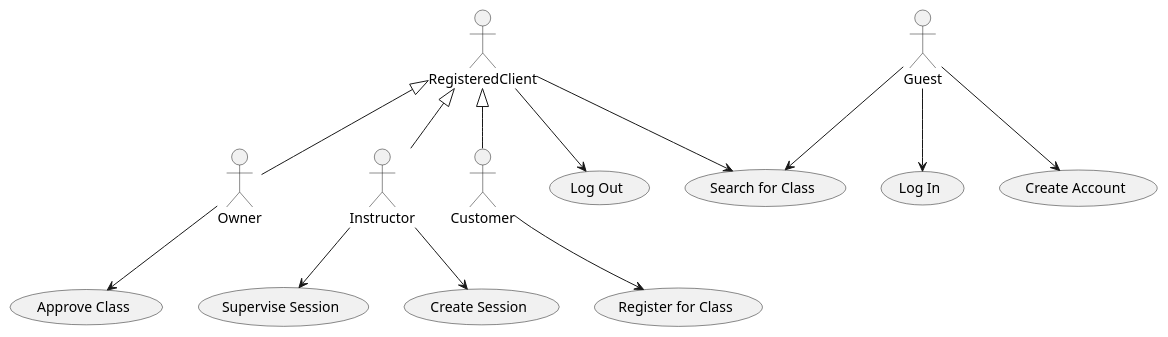
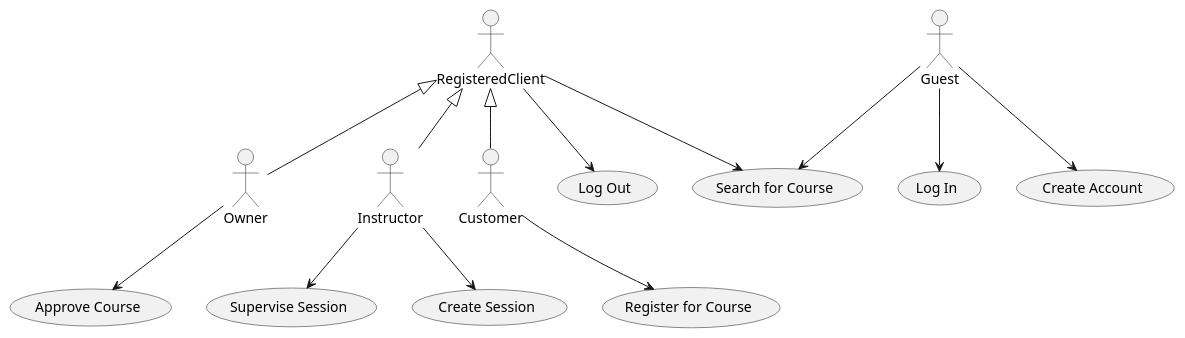
Before and after one commit to McGill-ECSE321-Winter2024/project-group-17: the diagram in documentation/umlcode/UC1.plantuml, drawn with PlantUML. The commit also changed 1 other file, not shown here.

Commit message:
rename class to course

```diff
--- a/documentation/umlcode/UC1.plantuml
+++ b/documentation/umlcode/UC1.plantuml
@@ -1,36 +1,36 @@
 @startuml
 
 actor RegisteredClient
 actor Owner as O
 actor Instructor as I
 actor Customer as C
 actor Guest as G
 
 O -up-|> RegisteredClient
 I -up-|> RegisteredClient
 C -up-|> RegisteredClient
 
 usecase "Log In" as UC1
-usecase "Search for Class" as UC2
+usecase "Search for Course" as UC2
 usecase "Log Out" as UC3
-usecase "Register for Class" as UC4
+usecase "Register for Course" as UC4
 usecase "Supervise Session" as UC5
-usecase "Approve Class" as UC6
+usecase "Approve Course" as UC6
 usecase "Create Account" as UC7
 usecase "Create Session" as UC8
 
 G --> UC1
 G --> UC2
 G --> UC7
 
 RegisteredClient -down-> UC2
 RegisteredClient -down-> UC3
 
 I --> UC5
 I --> UC8
 
 C --> UC4
 
 O --> UC6
 
 @enduml
```
